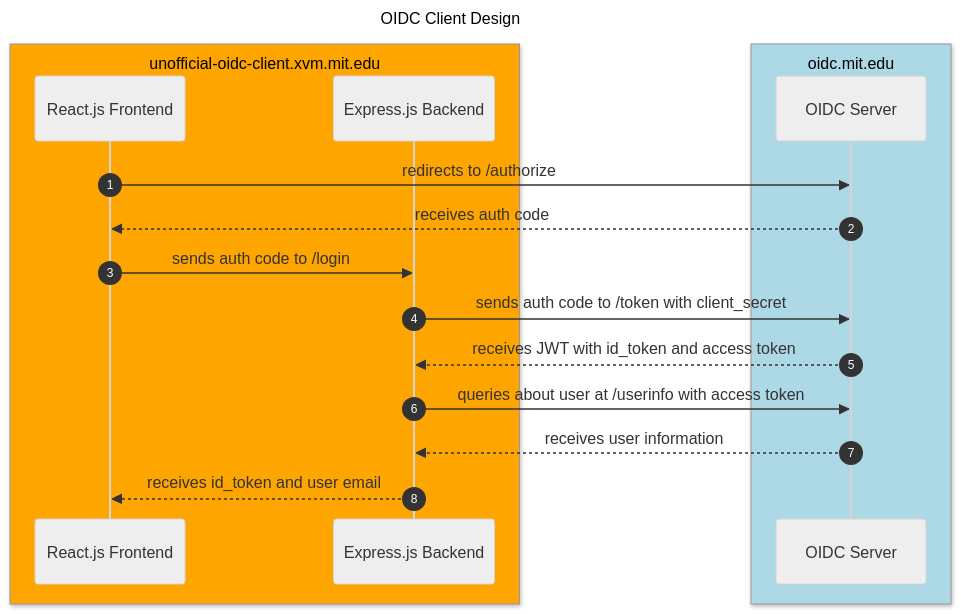
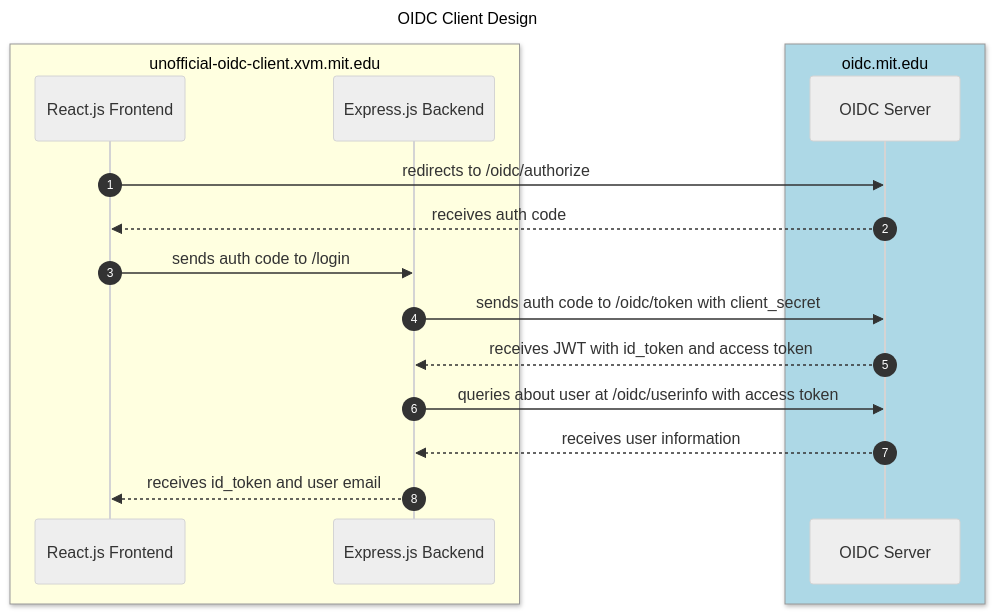
One commit to shensquared/setrock changed the diagram in auth_client/README.md. Above: the diagram before and after it, drawn with Mermaid (neutral theme).

Commit message:
Update auth client README.md

````diff
--- a/auth_client/README.md
+++ b/auth_client/README.md
@@ -289,23 +289,23 @@
 ```mermaid
 ---
 title: OIDC Client Design
 ---
 sequenceDiagram
     autonumber
-    box orange unofficial-oidc-client.xvm.mit.edu
+    box lightyellow unofficial-oidc-client.xvm.mit.edu
     participant Frontend as React.js Frontend
     participant Backend as Express.js Backend
     end
     box lightblue oidc.mit.edu
     participant OIDC as OIDC Server
     end
     
-    Frontend ->> OIDC:  redirects to /authorize
+    Frontend ->> OIDC:  redirects to /oidc/authorize
     OIDC -->> Frontend: receives auth code
     Frontend ->> Backend: sends auth code to /login
-    Backend ->> OIDC: sends auth code to /token with client_secret
+    Backend ->> OIDC: sends auth code to /oidc/token with client_secret
     OIDC -->> Backend: receives JWT with id_token and access token
-    Backend ->> OIDC: queries about user at /userinfo with access token
+    Backend ->> OIDC: queries about user at /oidc/userinfo with access token
     OIDC -->> Backend: receives user information
     Backend -->> Frontend: receives id_token and user email
 ```
````
